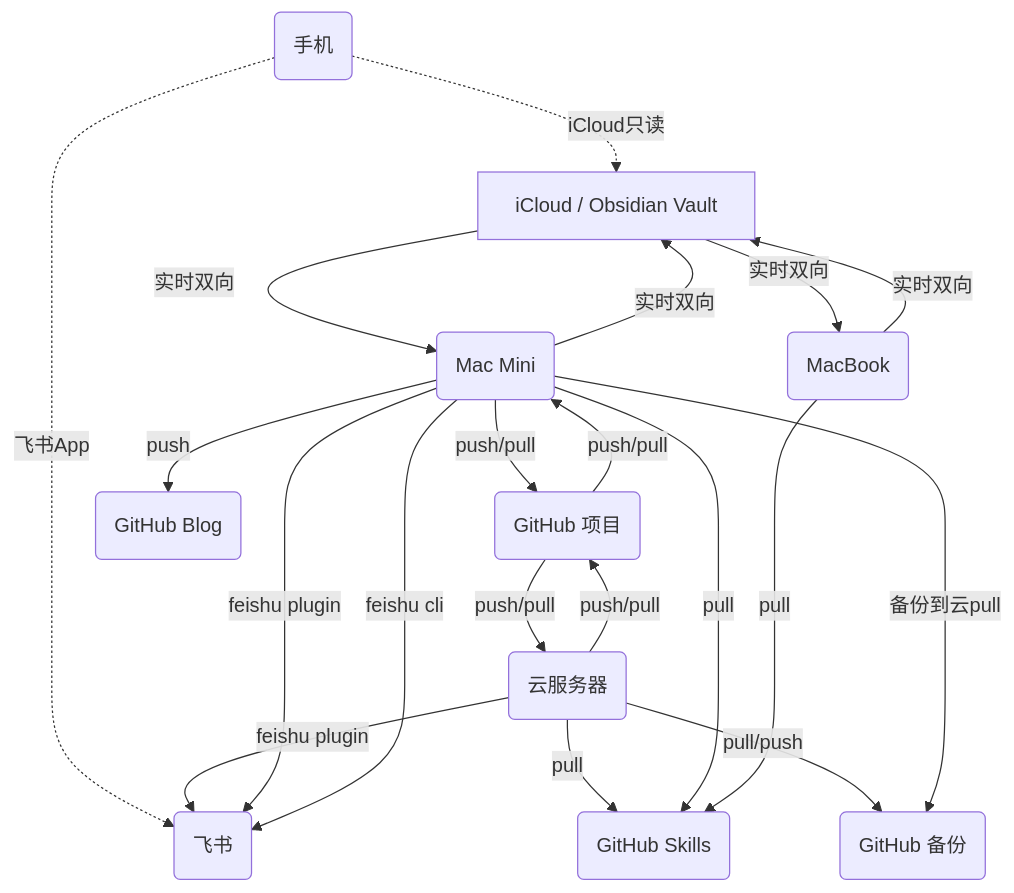
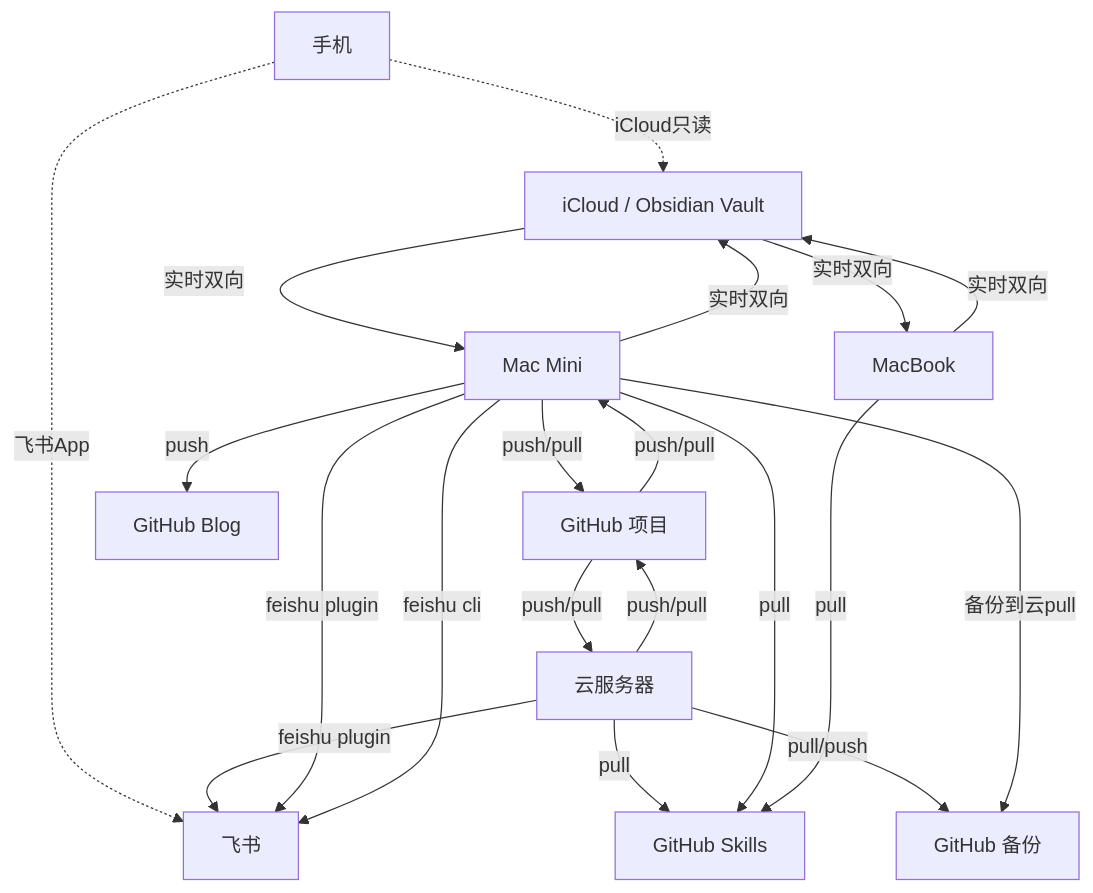
One commit to hyqskevin/hyqskevin-hexo changed the diagram in source/_posts/2026-09-02-obsidian-llm-wiki.md. Above: the diagram before and after it, drawn with Mermaid. The commit also changed other lines of this file and 3 other files, not shown here.

````diff
--- a/source/_posts/2026-09-02-obsidian-llm-wiki.md
+++ b/source/_posts/2026-09-02-obsidian-llm-wiki.md
@@ -34,33 +35,33 @@
 ```mermaid
 graph TD
-    Phone(手机)
-    Feishu(飞书)
-    Cloud(云服务器)
-    Mini(Mac Mini)
-    Book(MacBook)
+    Phone[手机]
+    Feishu[飞书]
+    Cloud[云服务器]
+    Mini[Mac Mini]
+    Book[MacBook]
     iCloud[iCloud / Obsidian Vault]
-    GH_skills(GitHub Skills)
-    GH_code(GitHub 项目)
-    GH_blog(GitHub Blog)
-    GH_backup(GitHub 备份)
+    GH_skills[GitHub Skills]
+    GH_code[GitHub 项目]
+    GH_blog[GitHub Blog]
+    GH_backup[GitHub 备份]
 
     Phone -.->|飞书App| Feishu
     Phone -.->|iCloud只读| iCloud
     Mini -->|实时双向| iCloud
     iCloud -->|实时双向| Mini
     Book -->|实时双向| iCloud
     iCloud -->|实时双向| Book
     Cloud -->|feishu plugin| Feishu
     Mini -->|feishu plugin| Feishu
     Mini -->|feishu cli| Feishu
     Cloud -->|pull| GH_skills
     Mini -->|pull| GH_skills
     Book -->|pull| GH_skills
     Cloud -->|push/pull| GH_code
     Mini -->|push/pull| GH_code
     GH_code -->|push/pull| Cloud
     GH_code -->|push/pull| Mini
     Mini -->|push| GH_blog
     Cloud -->|pull/push| GH_backup
     Mini -->|备份到云pull| GH_backup
 ```
````
